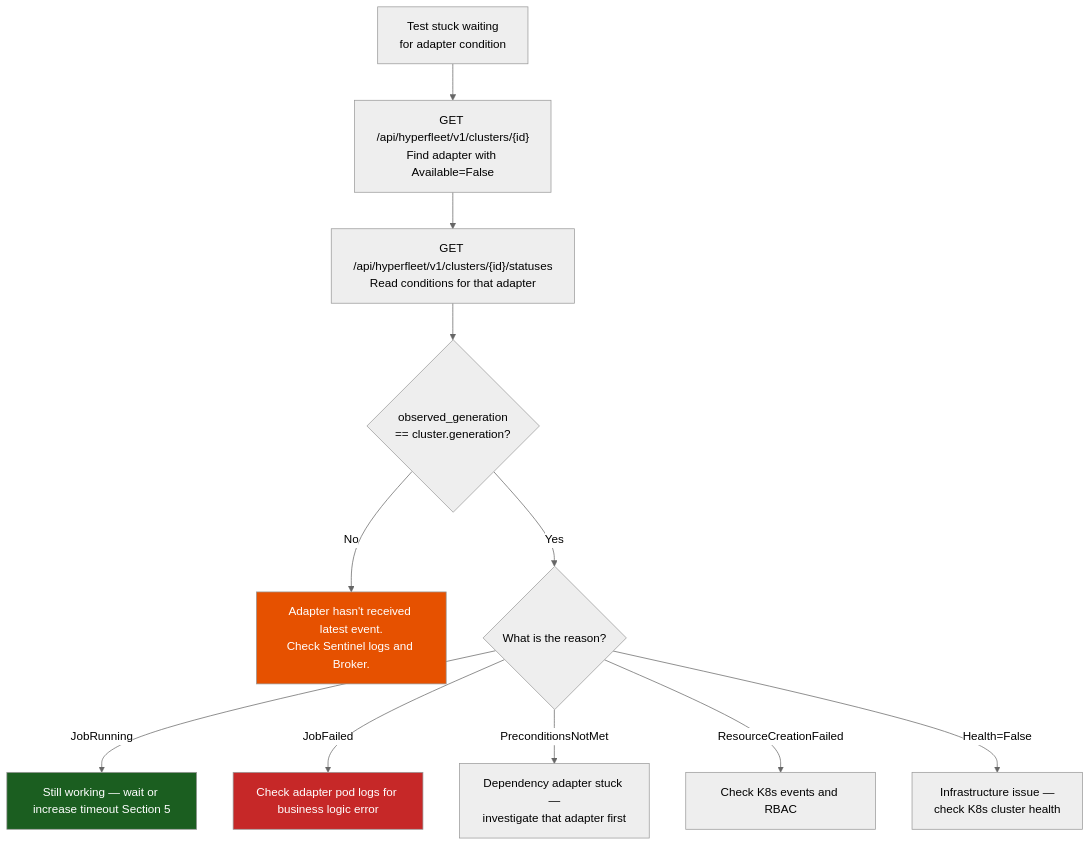
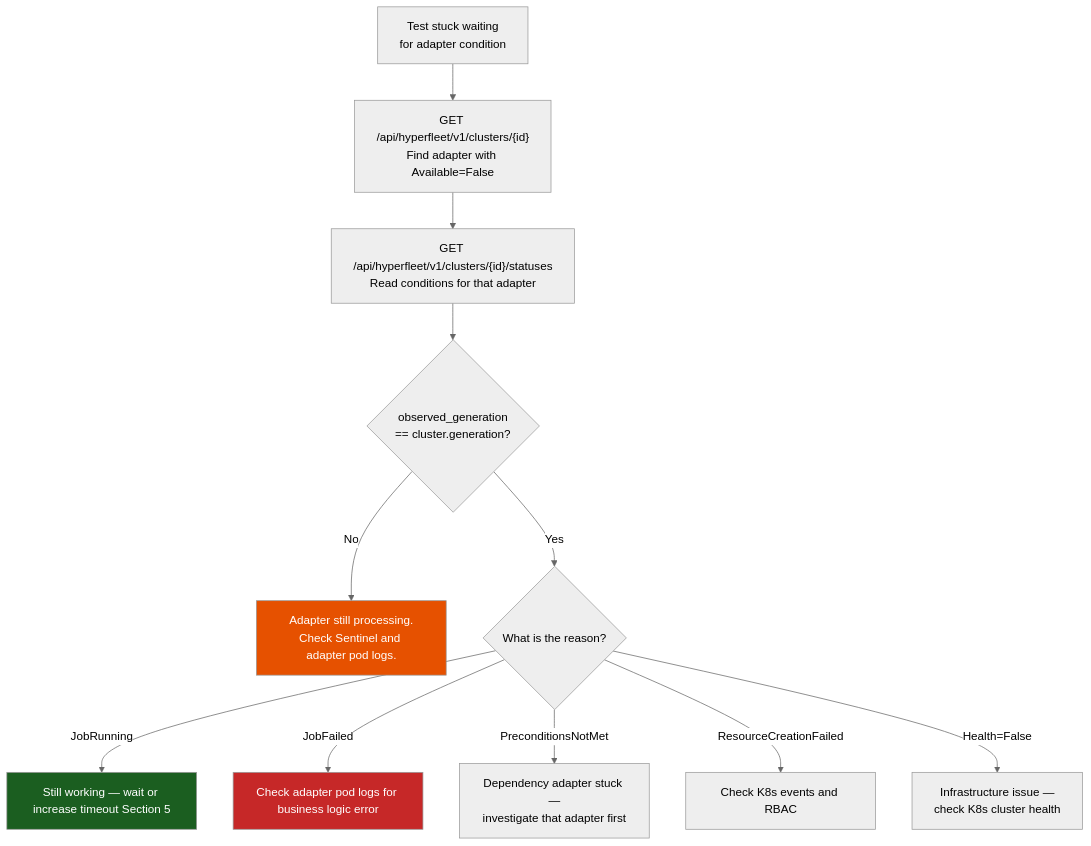
Before and after one commit to ldornele/hyperfleet-e2e: the second of 3 diagrams in docs/debugging.md, drawn with Mermaid (neutral theme). The commit also changed other lines of this file, not shown here.

Commit message:
HYPERFLEET-998 - feat: Remove duplicating sections and fix ports and flowchart sentences

````diff
--- a/docs/debugging.md
+++ b/docs/debugging.md
@@ -406,17 +184,17 @@
 ```mermaid
 flowchart TD
     A["Test stuck waiting<br/>for adapter condition"] --> B["GET /api/hyperfleet/v1/clusters/{id}<br/>Find adapter with Available=False"]
     B --> C["GET /api/hyperfleet/v1/clusters/{id}/statuses<br/>Read conditions for that adapter"]
     C --> D{observed_generation<br/>== cluster.generation?}
-    D -->|No| E["Adapter hasn't received latest event.<br/>Check Sentinel logs and Broker."]
+    D -->|No| E["Adapter still processing.<br/>Check Sentinel and adapter pod logs."]
     D -->|Yes| F{What is the reason?}
     F -->|JobRunning| G["Still working — wait or increase timeout Section 5"]
     F -->|JobFailed| H["Check adapter pod logs for business logic error"]
     F -->|PreconditionsNotMet| I["Dependency adapter stuck —<br/>investigate that adapter first"]
     F -->|ResourceCreationFailed| J["Check K8s events and RBAC"]
     F -->|Health=False| K["Infrastructure issue —<br/>check K8s cluster health"]
 
     style E fill:#e65100,color:#fff
     style G fill:#1b5e20,color:#fff
     style H fill:#c62828,color:#fff
 ```
````
